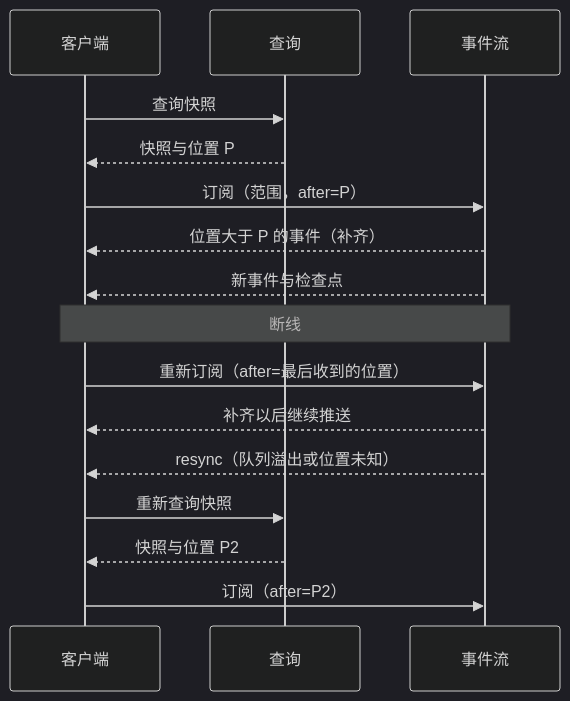
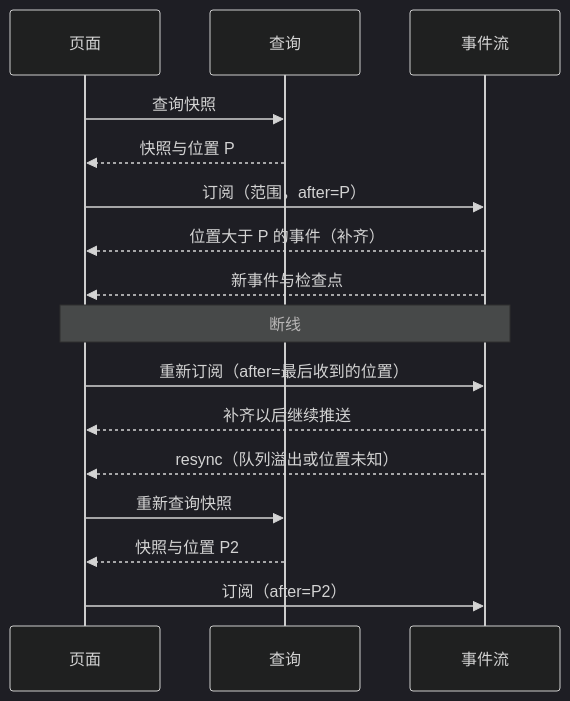
The third of 3 diagrams in docs/design/app-and-interface.md (bender2333/yudao), drawn with Mermaid (dark theme) before and after one commit. The commit also changed other lines of this file and 31 other files, not shown here.

````diff
--- a/docs/design/app-and-interface.md
+++ b/docs/design/app-and-interface.md
@@ -560,18 +562,18 @@
 ```mermaid
 sequenceDiagram
-  participant C as 客户端
+  participant C as 页面
   participant Q as 查询
   participant S as 事件流
   C->>Q: 查询快照
   Q-->>C: 快照与位置 P
   C->>S: 订阅（范围，after=P）
   S-->>C: 位置大于 P 的事件（补齐）
   S-->>C: 新事件与检查点
   Note over C,S: 断线
   C->>S: 重新订阅（after=最后收到的位置）
   S-->>C: 补齐以后继续推送
   S-->>C: resync（队列溢出或位置未知）
   C->>Q: 重新查询快照
   Q-->>C: 快照与位置 P2
   C->>S: 订阅（after=P2）
 ```
````
